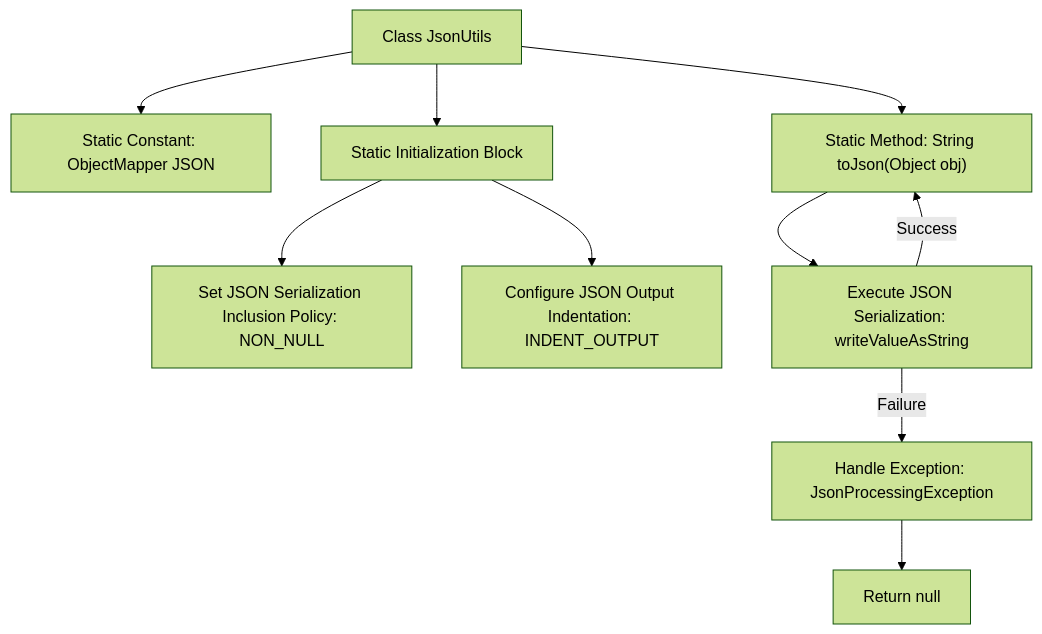
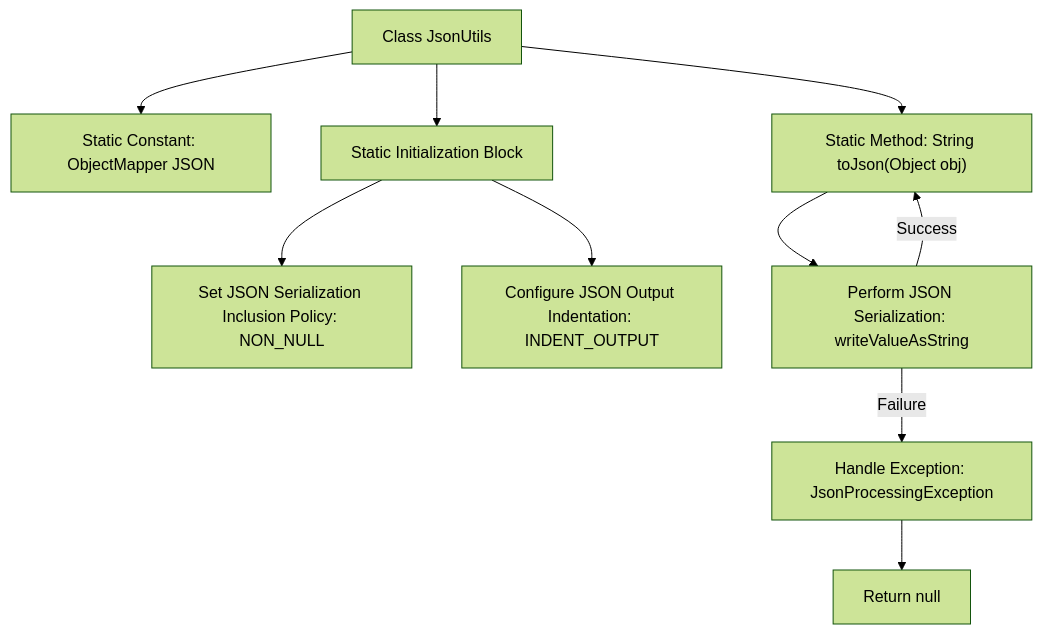
The second of 2 diagrams in docs/en/docs/src/main/java/com/github/binarywang/demo/wx/miniapp/utils/JsonUtils.md (v-wjrong/rongwj666_weixin-java-miniapp-demo), drawn with Mermaid (forest theme) before and after one commit. The commit also changed other lines of this file and 42 other files, not shown here.

````diff
--- a/docs/en/docs/src/main/java/com/github/binarywang/demo/wx/miniapp/utils/JsonUtils.md
+++ b/docs/en/docs/src/main/java/com/github/binarywang/demo/wx/miniapp/utils/JsonUtils.md
@@ -71,22 +71,22 @@
 ```mermaid
 graph TD
     A["Class JsonUtils"]
     B["Static Constant: ObjectMapper JSON"]
     C["Static Initialization Block"]
     D["Set JSON Serialization Inclusion Policy: NON_NULL"]
     E["Configure JSON Output Indentation: INDENT_OUTPUT"]
     F["Static Method: String toJson(Object obj)"]
-    G["Execute JSON Serialization: writeValueAsString"]
+    G["Perform JSON Serialization: writeValueAsString"]
     H["Handle Exception: JsonProcessingException"]
     I["Return null"]
 
     A --> B
     A --> C
     C --> D
     C --> E
     A --> F
     F --> G
     G -->|Success| F
     G -->|Failure| H
     H --> I
 ```
````
